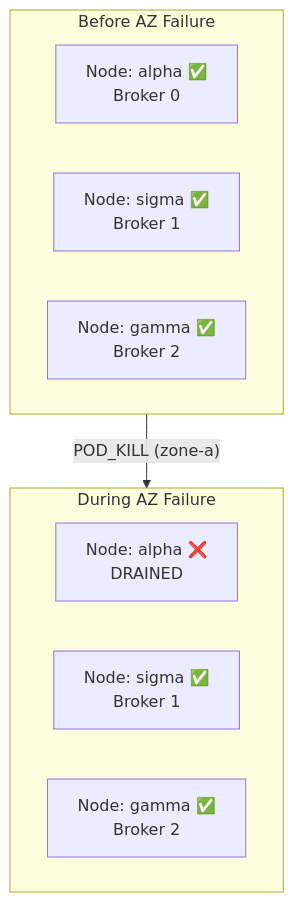
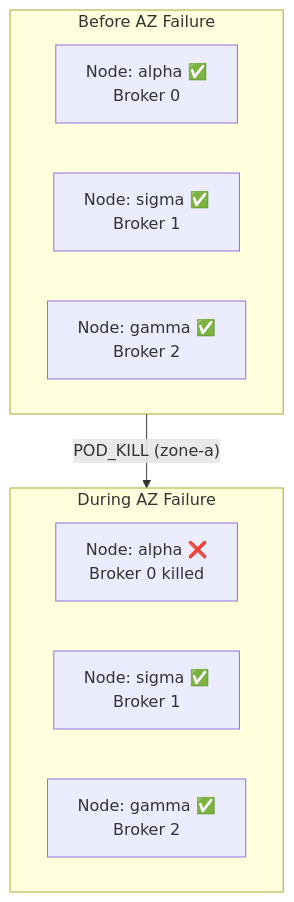
The fifth of 9 diagrams in docs/book/07-chaos-practice.md (actions-marketplace-validations/bmscomp_kates), drawn with Mermaid before and after one commit. The commit also changed other lines of this file and 23 other files, not shown here.

````diff
--- a/docs/book/07-chaos-practice.md
+++ b/docs/book/07-chaos-practice.md
@@ -192,16 +194,16 @@
 ```mermaid
 graph TB
     subgraph Before["Before AZ Failure"]
         N1[Node: alpha ✅<br/>Broker 0]
         N2[Node: sigma ✅<br/>Broker 1]
         N3[Node: gamma ✅<br/>Broker 2]
     end
     
     subgraph During["During AZ Failure"]
-        N1b[Node: alpha ❌<br/>DRAINED]
+        N1b[Node: alpha ❌<br/>Broker 0 killed]
         N2b[Node: sigma ✅<br/>Broker 1]
         N3b[Node: gamma ✅<br/>Broker 2]
     end
     
     Before -->|"POD_KILL (zone-a)"| During
 ```
````
